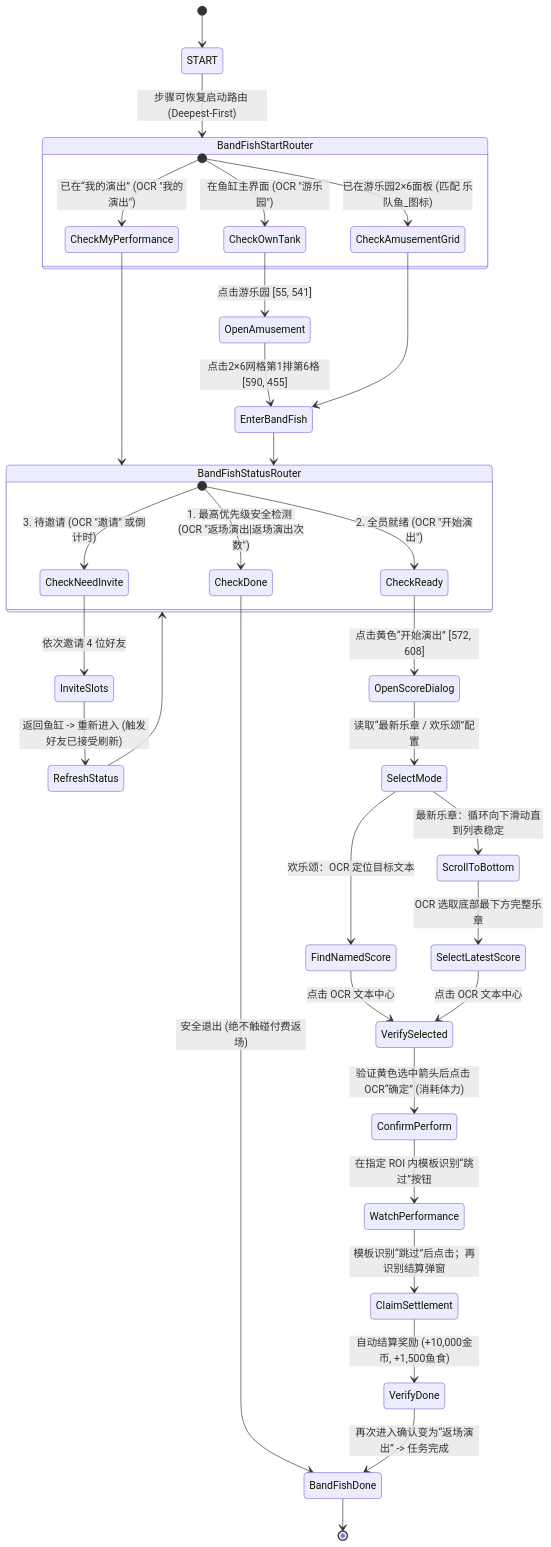
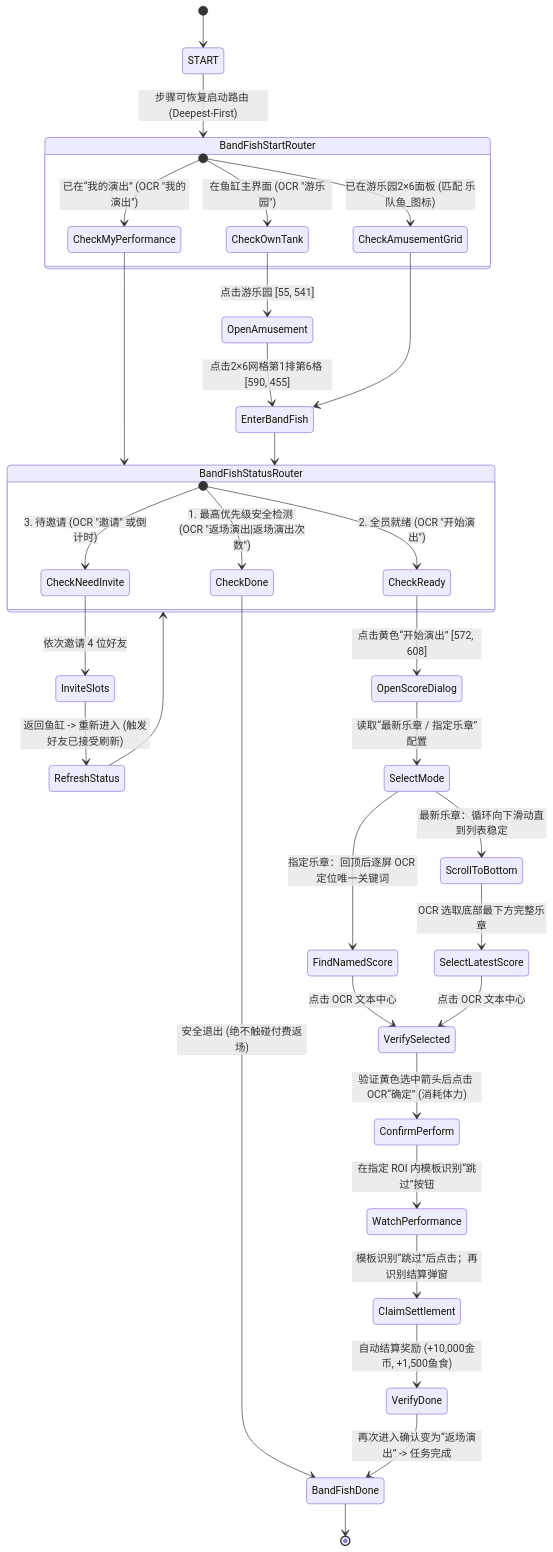
The diagram in docs/features/band-fish.md (zhimaheiye/MaaHappyFish), drawn with Mermaid before and after one commit. The commit also changed other lines of this file and 23 other files, not shown here.

````diff
--- a/docs/features/band-fish.md
+++ b/docs/features/band-fish.md
@@ -38,43 +38,43 @@
 ```mermaid
 stateDiagram-v2
     [*] --> START
     START --> BandFishStartRouter : 步骤可恢复启动路由 (Deepest-First)
     
     state BandFishStartRouter {
         [*] --> CheckMyPerformance : 已在“我的演出” (OCR "我的演出")
         [*] --> CheckAmusementGrid : 已在游乐园2×6面板 (匹配 乐队鱼_图标)
         [*] --> CheckOwnTank : 在鱼缸主界面 (OCR "游乐园")
     }
 
     CheckOwnTank --> OpenAmusement : 点击游乐园 [55, 541]
     OpenAmusement --> EnterBandFish : 点击2×6网格第1排第6格 [590, 455]
     CheckAmusementGrid --> EnterBandFish
     CheckMyPerformance --> BandFishStatusRouter
     EnterBandFish --> BandFishStatusRouter
 
     state BandFishStatusRouter {
         [*] --> CheckDone : 1. 最高优先级安全检测 (OCR "返场演出|返场演出次数")
         [*] --> CheckReady : 2. 全员就绪 (OCR "开始演出")
         [*] --> CheckNeedInvite : 3. 待邀请 (OCR "邀请" 或倒计时)
     }
 
     CheckDone --> BandFishDone : 安全退出 (绝不触碰付费返场)
     
     CheckNeedInvite --> InviteSlots : 依次邀请 4 位好友
     InviteSlots --> RefreshStatus : 返回鱼缸 -> 重新进入 (触发好友已接受刷新)
     RefreshStatus --> BandFishStatusRouter
 
     CheckReady --> OpenScoreDialog : 点击黄色“开始演出” [572, 608]
-    OpenScoreDialog --> SelectMode : 读取“最新乐章 / 欢乐颂”配置
+    OpenScoreDialog --> SelectMode : 读取“最新乐章 / 指定乐章”配置
     SelectMode --> ScrollToBottom : 最新乐章：循环向下滑动直到列表稳定
-    SelectMode --> FindNamedScore : 欢乐颂：OCR 定位目标文本
+    SelectMode --> FindNamedScore : 指定乐章：回顶后逐屏 OCR 定位唯一关键词
     ScrollToBottom --> SelectLatestScore : OCR 选取底部最下方完整乐章
     FindNamedScore --> VerifySelected : 点击 OCR 文本中心
     SelectLatestScore --> VerifySelected : 点击 OCR 文本中心
     VerifySelected --> ConfirmPerform : 验证黄色选中箭头后点击 OCR“确定” (消耗体力)
     ConfirmPerform --> WatchPerformance : 在指定 ROI 内模板识别“跳过”按钮
     WatchPerformance --> ClaimSettlement : 模板识别“跳过”后点击；再识别结算弹窗
     ClaimSettlement --> VerifyDone : 自动结算奖励 (+10,000金币, +1,500鱼食)
     VerifyDone --> BandFishDone : 再次进入确认变为“返场演出” -> 任务完成
     BandFishDone --> [*]
 ```
````
